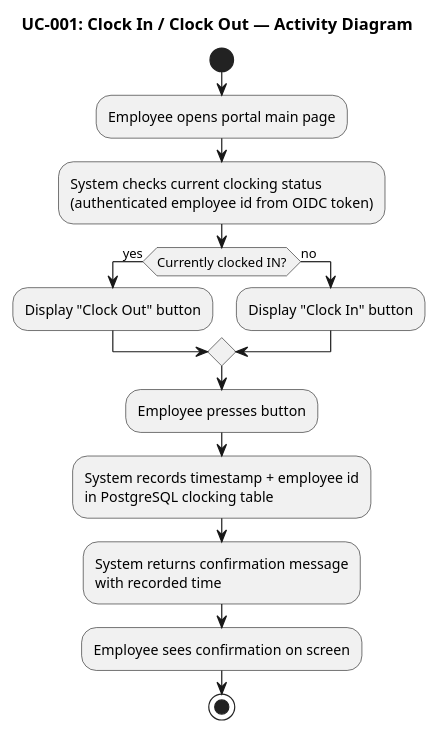
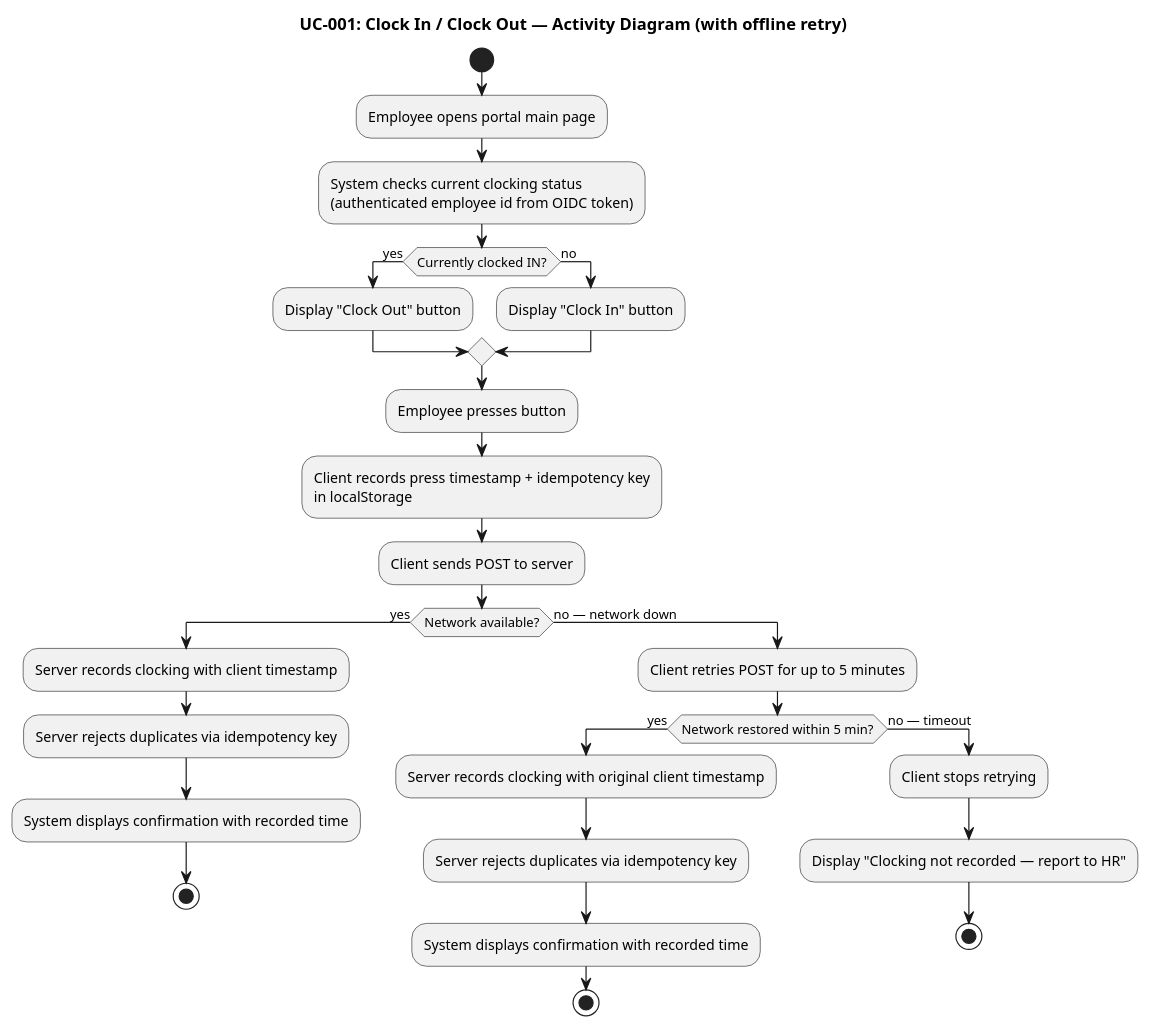
Before and after one commit to banense-test/portal-cuba-corp: the second of 3 diagrams in docs/artifacts/requirements/use-case-model.md, drawn with PlantUML. The commit also changed other lines of this file, not shown here.

Commit message:
System Analyst [I1]: upsert Use-Case Model
[skip ci]

````diff
--- a/docs/artifacts/requirements/use-case-model.md
+++ b/docs/artifacts/requirements/use-case-model.md
@@ -137,21 +143,38 @@
 ```plantuml
 @startuml
-title UC-001: Clock In / Clock Out — Activity Diagram
+title UC-001: Clock In / Clock Out — Activity Diagram (with offline retry)
 
 start
 :Employee opens portal main page;
 :System checks current clocking status\n(authenticated employee id from OIDC token);
 if (Currently clocked IN?) then (yes)
   :Display "Clock Out" button;
 else (no)
   :Display "Clock In" button;
 endif
 
 :Employee presses button;
-:System records timestamp + employee id\nin PostgreSQL clocking table;
-:System returns confirmation message\nwith recorded time;
-:Employee sees confirmation on screen;
-stop
+:Client records press timestamp + idempotency key\nin localStorage;
+:Client sends POST to server;
+
+if (Network available?) then (yes)
+  :Server records clocking with client timestamp;
+  :Server rejects duplicates via idempotency key;
+  :System displays confirmation with recorded time;
+  stop
+else (no — network down)
+  :Client retries POST for up to 5 minutes;
+  if (Network restored within 5 min?) then (yes)
+    :Server records clocking with original client timestamp;
+    :Server rejects duplicates via idempotency key;
+    :System displays confirmation with recorded time;
+    stop
+  else (no — timeout)
+    :Client stops retrying;
+    :Display "Clocking not recorded — report to HR";
+    stop
+  endif
+endif
 
 @enduml
 ```
````
